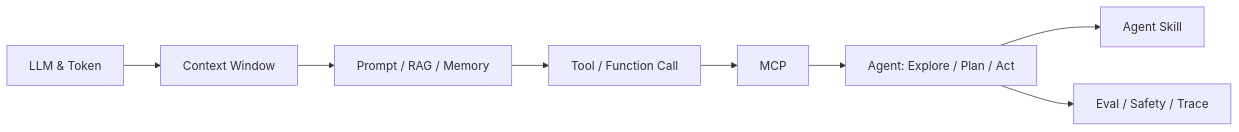
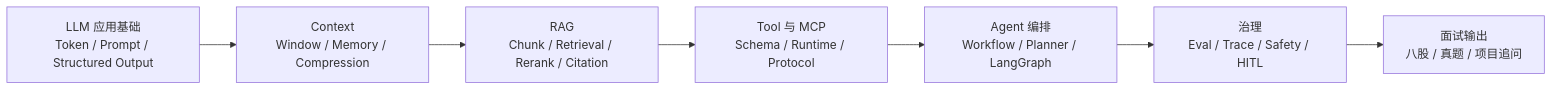
One commit to Yiang-Puak/study changed the diagram in docs/index.md. Above: the diagram before and after it, drawn with Mermaid. The commit also changed other lines of this file and 58 other files, not shown here.

````diff
--- a/docs/index.md
+++ b/docs/index.md
@@ -59,10 +104,9 @@
 ```mermaid
 graph LR
-    A[LLM & Token] --> B[Context Window]
-    B --> C[Prompt / RAG / Memory]
-    C --> D[Tool / Function Call]
-    D --> E[MCP]
-    E --> F[Agent: Explore / Plan / Act]
-    F --> G[Agent Skill]
-    F --> H[Eval / Safety / Trace]
+    A[LLM 应用基础<br/>Token / Prompt / Structured Output] --> B[Context<br/>Window / Memory / Compression]
+    B --> C[RAG<br/>Chunk / Retrieval / Rerank / Citation]
+    C --> D[Tool 与 MCP<br/>Schema / Runtime / Protocol]
+    D --> E[Agent 编排<br/>Workflow / Planner / LangGraph]
+    E --> F[治理<br/>Eval / Trace / Safety / HITL]
+    F --> G[面试输出<br/>八股 / 真题 / 项目追问]
 ```
````
